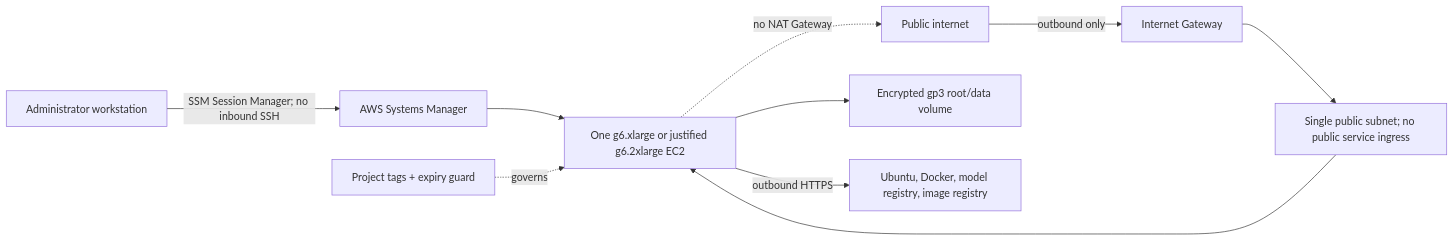
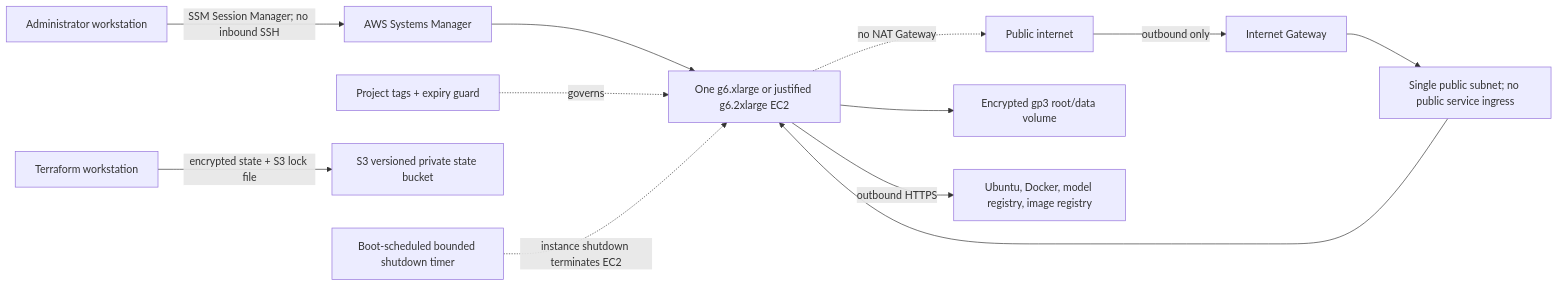
Before and after one commit to Bepoadewale/multi-tenant-ai-inference-platform: the first of 4 diagrams in docs/gpu-lab/ARCHITECTURE.md, drawn with Mermaid. The commit also changed other lines of this file and 7 other files, not shown here.

````diff
--- a/docs/gpu-lab/ARCHITECTURE.md
+++ b/docs/gpu-lab/ARCHITECTURE.md
@@ -7,12 +7,14 @@
 ```mermaid
 flowchart LR
   Operator[Administrator workstation] -->|SSM Session Manager; no inbound SSH| SSM[AWS Systems Manager]
   SSM --> EC2[One g6.xlarge or justified g6.2xlarge EC2]
   Internet[Public internet] -->|outbound only| IGW[Internet Gateway]
   IGW --> Subnet[Single public subnet; no public service ingress]
   Subnet --> EC2
   EC2 --> Disk[Encrypted gp3 root/data volume]
   EC2 -->|outbound HTTPS| Packages[Ubuntu, Docker, model registry, image registry]
   EC2 -. no NAT Gateway .-> Internet
   Tags[Project tags + expiry guard] -. governs .-> EC2
+  TF[Terraform workstation] -->|encrypted state + S3 lock file| State[S3 versioned private state bucket]
+  Expiry[Boot-scheduled bounded shutdown timer] -. instance shutdown terminates EC2 .-> EC2
 ```
````
